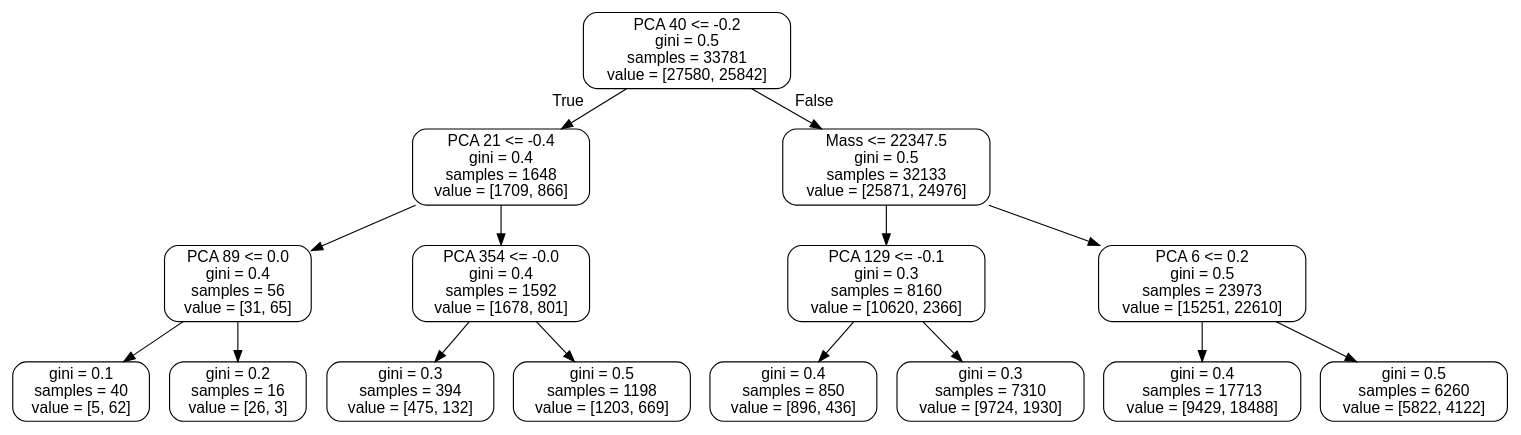
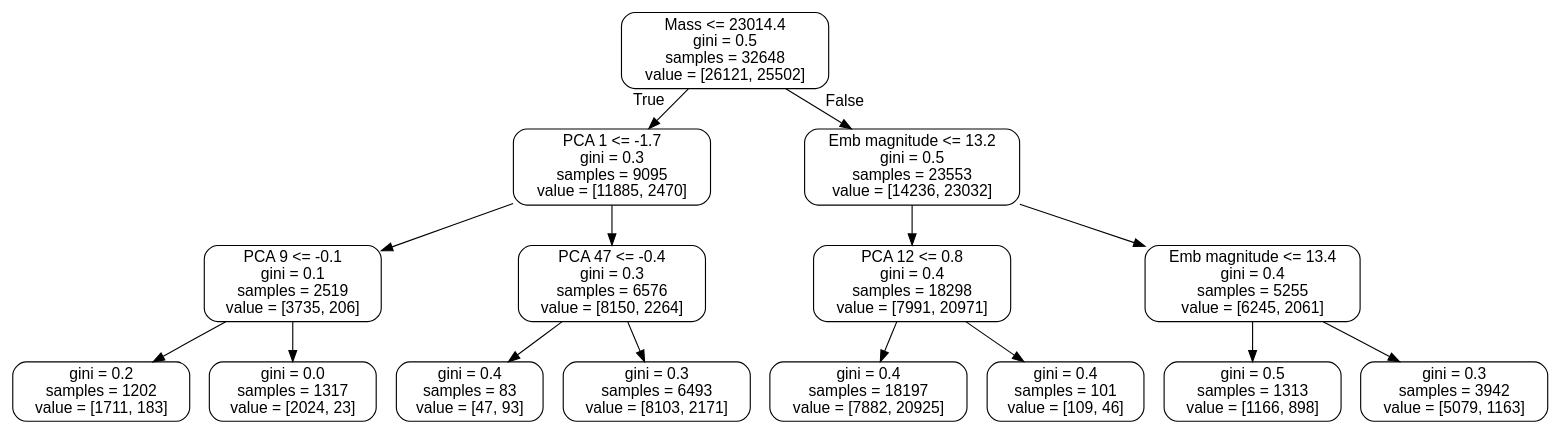
The diagram in random_forest/tree_esm2.dot (github4touchdouble/nnet-enzyme), drawn with Graphviz before and after one commit. The commit also changed 5 other files, not shown here.

Commit message:
Builded the model again with filtered sequences

```diff
--- a/random_forest/tree_esm2.dot
+++ b/random_forest/tree_esm2.dot
@@ -1,33 +1,33 @@
 digraph Tree {
 node [shape=box, style="rounded", color="black", fontname="helvetica"] ;
 edge [fontname="helvetica"] ;
-0 [label="PCA 40 <= -0.2\ngini = 0.5\nsamples = 33781\nvalue = [27580, 25842]"] ;
-1 [label="PCA 21 <= -0.4\ngini = 0.4\nsamples = 1648\nvalue = [1709, 866]"] ;
+0 [label="Mass <= 23014.4\ngini = 0.5\nsamples = 32648\nvalue = [26121, 25502]"] ;
+1 [label="PCA 1 <= -1.7\ngini = 0.3\nsamples = 9095\nvalue = [11885, 2470]"] ;
 0 -> 1 [labeldistance=2.5, labelangle=45, headlabel="True"] ;
-2 [label="PCA 89 <= 0.0\ngini = 0.4\nsamples = 56\nvalue = [31, 65]"] ;
+2 [label="PCA 9 <= -0.1\ngini = 0.1\nsamples = 2519\nvalue = [3735, 206]"] ;
 1 -> 2 ;
-3 [label="gini = 0.1\nsamples = 40\nvalue = [5, 62]"] ;
+3 [label="gini = 0.2\nsamples = 1202\nvalue = [1711, 183]"] ;
 2 -> 3 ;
-4 [label="gini = 0.2\nsamples = 16\nvalue = [26, 3]"] ;
+4 [label="gini = 0.0\nsamples = 1317\nvalue = [2024, 23]"] ;
 2 -> 4 ;
-5 [label="PCA 354 <= -0.0\ngini = 0.4\nsamples = 1592\nvalue = [1678, 801]"] ;
+5 [label="PCA 47 <= -0.4\ngini = 0.3\nsamples = 6576\nvalue = [8150, 2264]"] ;
 1 -> 5 ;
-6 [label="gini = 0.3\nsamples = 394\nvalue = [475, 132]"] ;
+6 [label="gini = 0.4\nsamples = 83\nvalue = [47, 93]"] ;
 5 -> 6 ;
-7 [label="gini = 0.5\nsamples = 1198\nvalue = [1203, 669]"] ;
+7 [label="gini = 0.3\nsamples = 6493\nvalue = [8103, 2171]"] ;
 5 -> 7 ;
-8 [label="Mass <= 22347.5\ngini = 0.5\nsamples = 32133\nvalue = [25871, 24976]"] ;
+8 [label="Emb magnitude <= 13.2\ngini = 0.5\nsamples = 23553\nvalue = [14236, 23032]"] ;
 0 -> 8 [labeldistance=2.5, labelangle=-45, headlabel="False"] ;
-9 [label="PCA 129 <= -0.1\ngini = 0.3\nsamples = 8160\nvalue = [10620, 2366]"] ;
+9 [label="PCA 12 <= 0.8\ngini = 0.4\nsamples = 18298\nvalue = [7991, 20971]"] ;
 8 -> 9 ;
-10 [label="gini = 0.4\nsamples = 850\nvalue = [896, 436]"] ;
+10 [label="gini = 0.4\nsamples = 18197\nvalue = [7882, 20925]"] ;
 9 -> 10 ;
-11 [label="gini = 0.3\nsamples = 7310\nvalue = [9724, 1930]"] ;
+11 [label="gini = 0.4\nsamples = 101\nvalue = [109, 46]"] ;
 9 -> 11 ;
-12 [label="PCA 6 <= 0.2\ngini = 0.5\nsamples = 23973\nvalue = [15251, 22610]"] ;
+12 [label="Emb magnitude <= 13.4\ngini = 0.4\nsamples = 5255\nvalue = [6245, 2061]"] ;
 8 -> 12 ;
-13 [label="gini = 0.4\nsamples = 17713\nvalue = [9429, 18488]"] ;
+13 [label="gini = 0.5\nsamples = 1313\nvalue = [1166, 898]"] ;
 12 -> 13 ;
-14 [label="gini = 0.5\nsamples = 6260\nvalue = [5822, 4122]"] ;
+14 [label="gini = 0.3\nsamples = 3942\nvalue = [5079, 1163]"] ;
 12 -> 14 ;
 }
```
